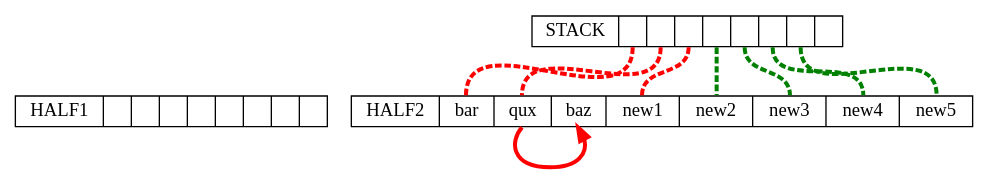
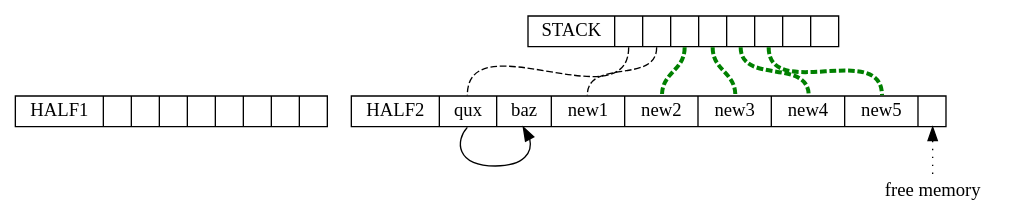
Before and after one commit to com-lihaoyi/mill: the eighth of 13 diagrams in blog/modules/ROOT/pages/6-garbage-collector-perf.adoc, drawn with Graphviz. The commit also changed other lines of this file and 2 other files, not shown here.

````diff
--- a/blog/modules/ROOT/pages/6-garbage-collector-perf.adoc
+++ b/blog/modules/ROOT/pages/6-garbage-collector-perf.adoc
@@ -153,21 +198,21 @@
 ```graphviz
 digraph G {
   
   node [shape=box width=0 height=0 style=filled fillcolor=white]
   {rank=same; heap1; heap2}
-  heap2 [shape=record label="HALF2 | <f0> bar | <f1> qux | <f2> baz | <f3> new1 | <f4> new2 | <f5> new3 | <f6> new4 | <f7> new5 "]
+  heap2 [shape=record label="HALF2 | <f0> qux | <f1> baz | <f2> new1 | <f3> new2 | <f4> new3 | <f5> new4 | <f6> new5 | <f7>"]
 
   heap1 [shape=record label="HALF1 | <f0> | <f1> | <f2> | <f3> | <f4> | <f5> | <f6> | <f7> "]
-  heap2:f1:s -> heap2:f2:s [color=red, penwidth=3]
+  heap2:f0:s -> heap2:f1:s 
 
+  heap2:f7:s -> alloc:n [dir=back, style=dotted]
+  alloc [label = "free memory", shape=plaintext]
   stack [shape=record label="STACK | <f0> | <f1> | <f2> | <f3> | <f4> | <f5> | <f6> | <f7> "]
-  stack:f0 -> heap2:f0 [dir=none, style=dashed, color=red, penwidth=3]
-  stack:f1 -> heap2:f1 [dir=none, style=dashed, color=red, penwidth=3]
-  stack:f2 -> heap2:f3 [dir=none, style=dashed, color=red, penwidth=3]
+  stack:f0 -> heap2:f0 [dir=none, style=dashed]
+  stack:f1 -> heap2:f2 [dir=none, style=dashed]
+  stack:f2 -> heap2:f3 [dir=none, style=dashed, color=green, penwidth=3]
   stack:f3 -> heap2:f4 [dir=none, style=dashed, color=green, penwidth=3]
   stack:f4 -> heap2:f5 [dir=none, style=dashed, color=green, penwidth=3]
   stack:f5 -> heap2:f6 [dir=none, style=dashed, color=green, penwidth=3]
-  stack:f6 -> heap2:f7 [dir=none, style=dashed, color=green, penwidth=3]
-
 }
 ```
````
